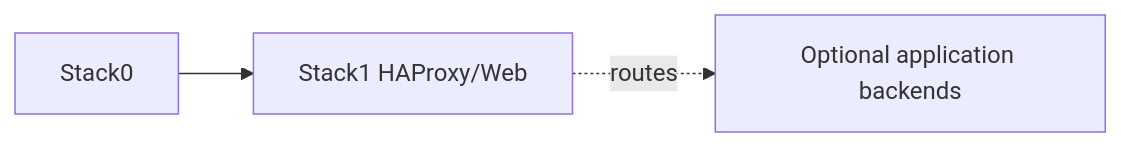
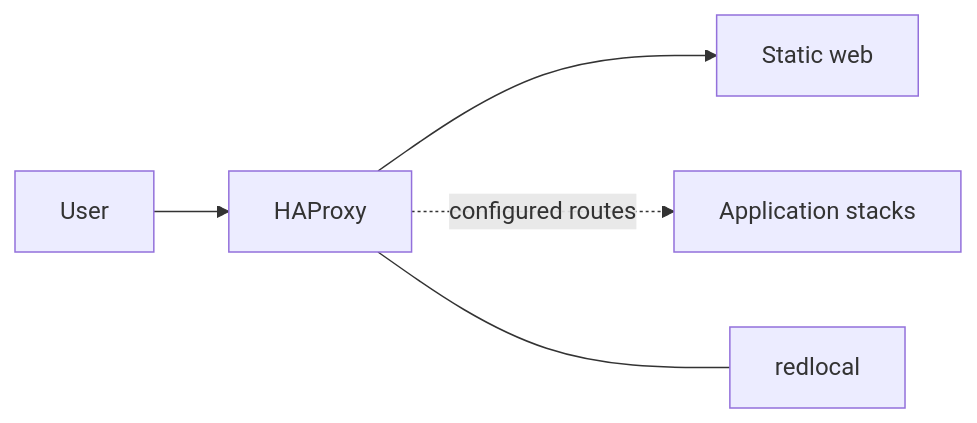
Before and after one commit to ea1het/local_hybrid_ai: the diagram in stack1_-_haproxy_web/README.md, drawn with Mermaid. The commit also changed other lines of this file and 11 other files, not shown here.

Commit message:
Simplify canonical documentation with Mermaid architecture

````diff
--- a/stack1_-_haproxy_web/README.md
+++ b/stack1_-_haproxy_web/README.md
@@ -7,5 +5,7 @@
 ```mermaid
 flowchart LR
-  S0[Stack0] --> S1[Stack1 HAProxy/Web]
-  S1 -. routes .-> APP[Optional application backends]
+    User --> HAProxy
+    HAProxy --> Web[Static web]
+    HAProxy -. configured routes .-> Apps[Application stacks]
+    HAProxy --- Redlocal[redlocal]
 ```
````
